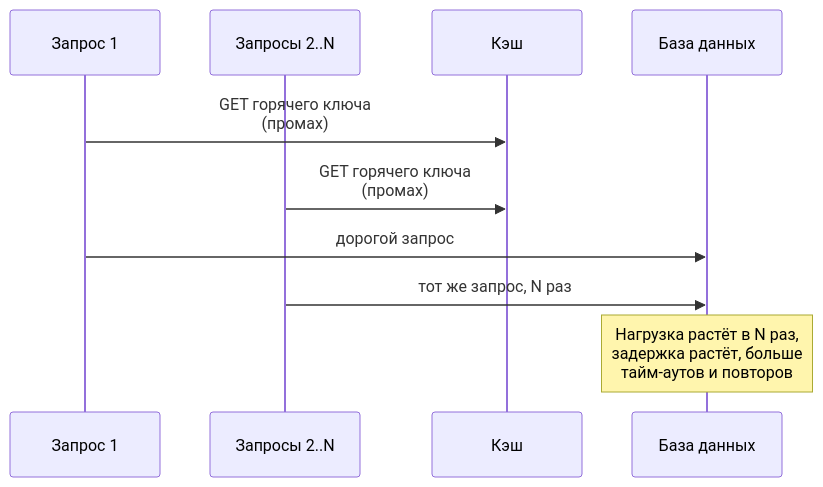
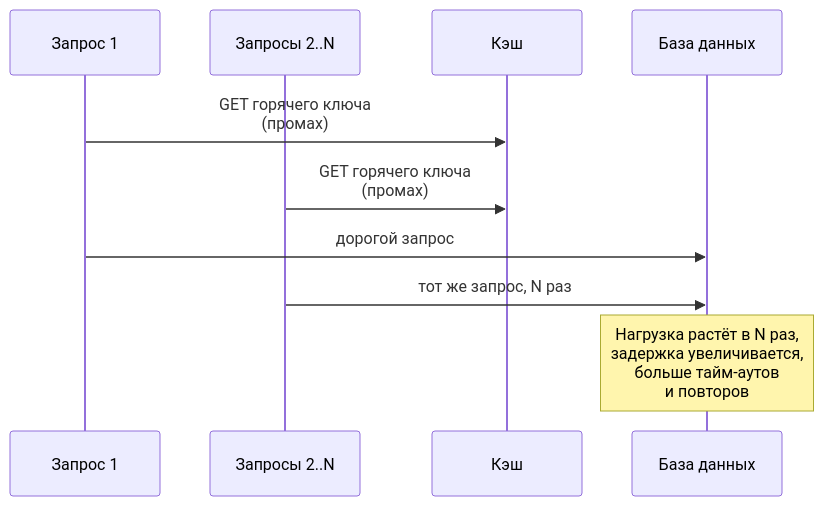
The sixth of 7 diagrams in src/content/docs/ru/caching/cache-strategies.mdx (butyavk/system-design), drawn with Mermaid before and after one commit. The commit also changed other lines of this file and 117 other files, not shown here.

````diff
--- a/src/content/docs/ru/caching/cache-strategies.mdx
+++ b/src/content/docs/ru/caching/cache-strategies.mdx
@@ -240,12 +240,12 @@
 ```mermaid
 sequenceDiagram
   participant R1 as Запрос 1
   participant R2 as Запросы 2..N
   participant C as Кэш
   participant D as База данных
   R1->>C: GET горячего ключа<br/>(промах)
   R2->>C: GET горячего ключа<br/>(промах)
   R1->>D: дорогой запрос
   R2->>D: тот же запрос, N раз
-  Note over D: Нагрузка растёт в N раз,<br/>задержка растёт, больше<br/>тайм-аутов и повторов
+  Note over D: Нагрузка растёт в N раз,<br/>задержка увеличивается,<br/>больше тайм-аутов<br/>и повторов
 ```
````
